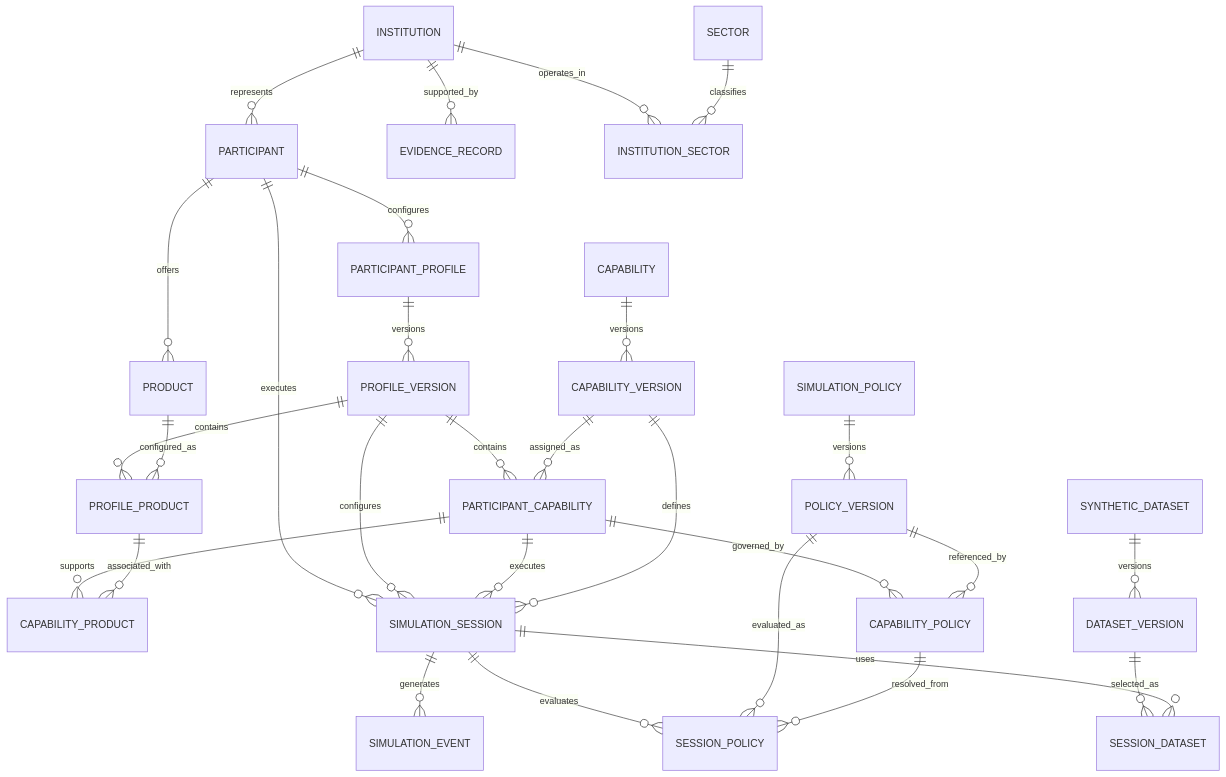
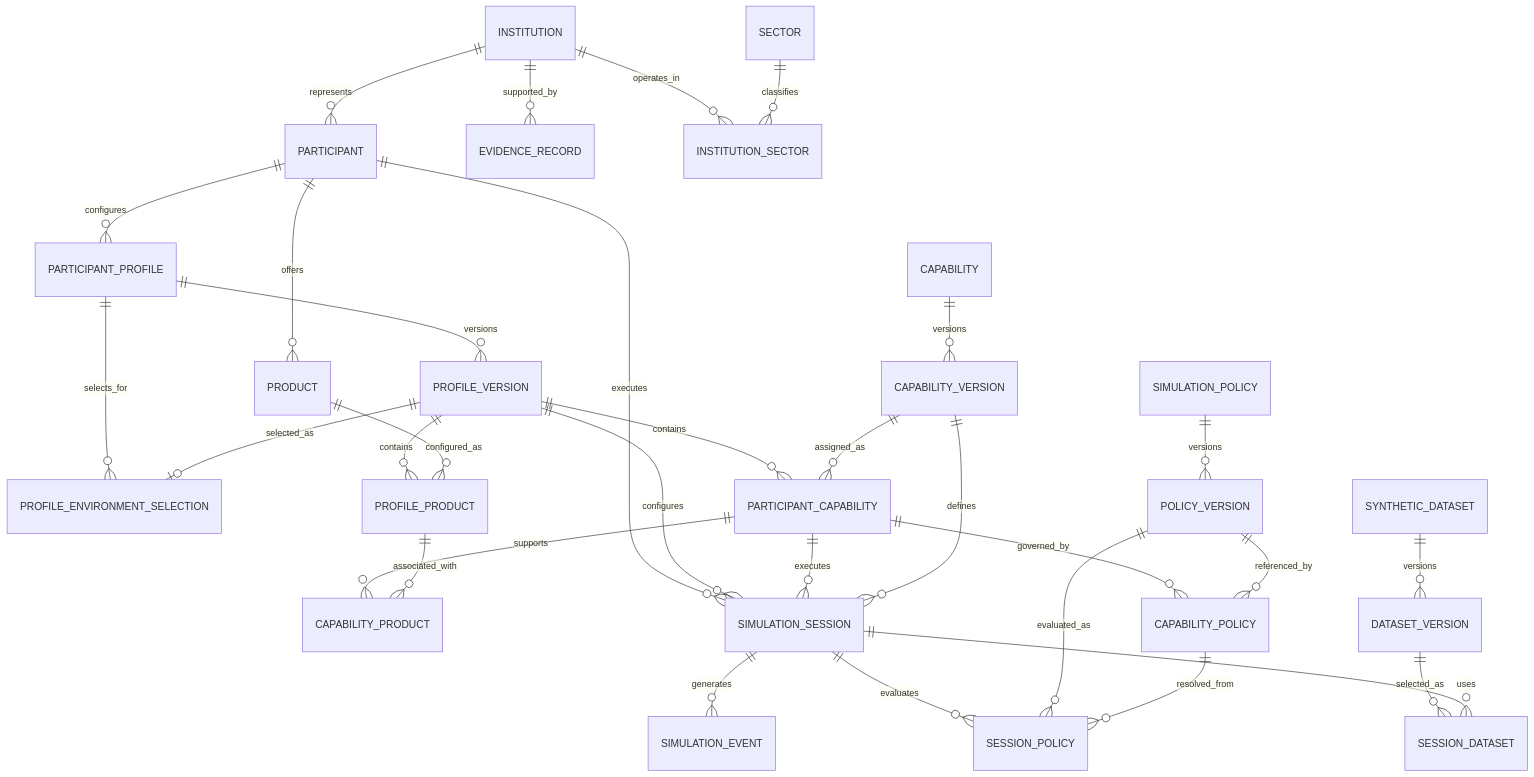
One commit to lauvee/oquira changed the diagram in docs-site/docs/architecture/domain-data-model.md. Above: the diagram before and after it, drawn with Mermaid. The commit also changed other lines of this file and 95 other files, not shown here.

Commit message:
Implement core domain models and update architecture docs

````diff
--- a/docs-site/docs/architecture/domain-data-model.md
+++ b/docs-site/docs/architecture/domain-data-model.md
@@ -540,40 +578,42 @@
 ```mermaid
 erDiagram
     INSTITUTION ||--o{ PARTICIPANT : represents
     INSTITUTION ||--o{ EVIDENCE_RECORD : supported_by
     INSTITUTION ||--o{ INSTITUTION_SECTOR : operates_in
     SECTOR ||--o{ INSTITUTION_SECTOR : classifies
 
     PARTICIPANT ||--o{ PARTICIPANT_PROFILE : configures
     PARTICIPANT_PROFILE ||--o{ PROFILE_VERSION : versions
+    PARTICIPANT_PROFILE ||--o{ PROFILE_ENVIRONMENT_SELECTION : selects_for
+    PROFILE_VERSION ||--o| PROFILE_ENVIRONMENT_SELECTION : selected_as
     PARTICIPANT ||--o{ PRODUCT : offers
 
     PROFILE_VERSION ||--o{ PROFILE_PRODUCT : contains
     PRODUCT ||--o{ PROFILE_PRODUCT : configured_as
 
     PROFILE_VERSION ||--o{ PARTICIPANT_CAPABILITY : contains
     CAPABILITY ||--o{ CAPABILITY_VERSION : versions
     CAPABILITY_VERSION ||--o{ PARTICIPANT_CAPABILITY : assigned_as
 
     PARTICIPANT_CAPABILITY ||--o{ CAPABILITY_PRODUCT : supports
     PROFILE_PRODUCT ||--o{ CAPABILITY_PRODUCT : associated_with
 
     PARTICIPANT_CAPABILITY ||--o{ CAPABILITY_POLICY : governed_by
     SIMULATION_POLICY ||--o{ POLICY_VERSION : versions
     POLICY_VERSION ||--o{ CAPABILITY_POLICY : referenced_by
 
     SYNTHETIC_DATASET ||--o{ DATASET_VERSION : versions
     DATASET_VERSION ||--o{ SESSION_DATASET : selected_as
 
     PARTICIPANT ||--o{ SIMULATION_SESSION : executes
     PROFILE_VERSION ||--o{ SIMULATION_SESSION : configures
     PARTICIPANT_CAPABILITY ||--o{ SIMULATION_SESSION : executes
     CAPABILITY_VERSION ||--o{ SIMULATION_SESSION : defines
 
     SIMULATION_SESSION ||--o{ SESSION_DATASET : uses
     SIMULATION_SESSION ||--o{ SESSION_POLICY : evaluates
     POLICY_VERSION ||--o{ SESSION_POLICY : evaluated_as
     CAPABILITY_POLICY ||--o{ SESSION_POLICY : resolved_from
 
     SIMULATION_SESSION ||--o{ SIMULATION_EVENT : generates
 ```
````
